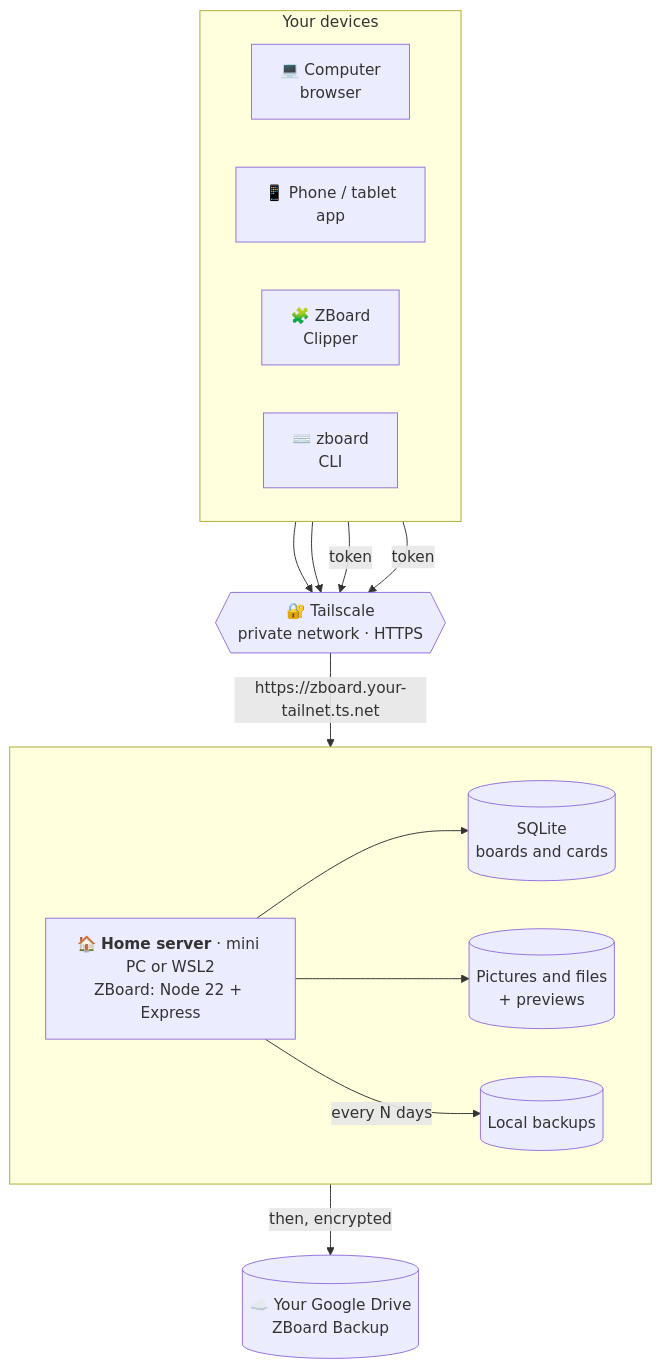
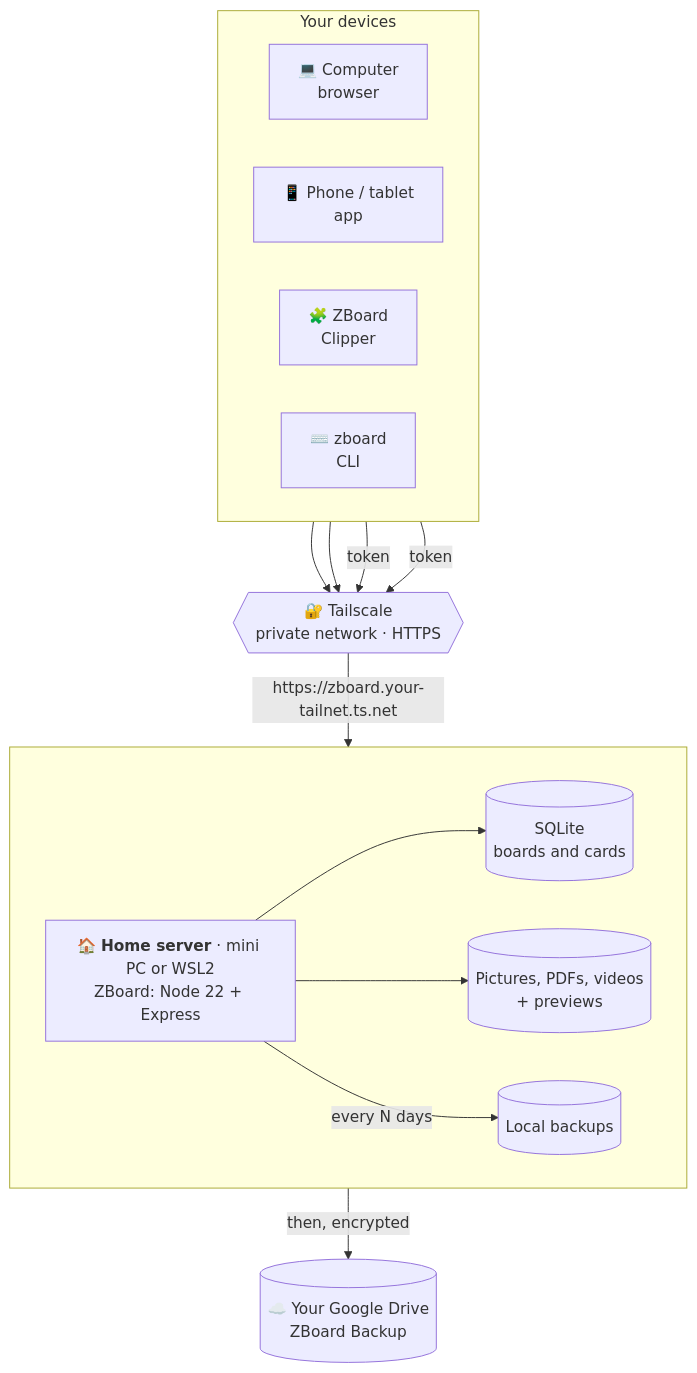
The diagram in README.md (anhlee99/zboard-custom), drawn with Mermaid before and after one commit. The commit also changed other lines of this file and 5 other files, not shown here.

First line of the commit message:
README: PDFs and videos, with screenshots made from sample files (#23)

````diff
--- a/README.md
+++ b/README.md
@@ -132,28 +160,28 @@
 ```mermaid
 flowchart TB
   subgraph Devices["Your devices"]
     direction LR
     PC["💻 Computer<br/>browser"]
     Phone["📱 Phone / tablet<br/>app"]
     Ext["🧩 ZBoard<br/>Clipper"]
     CLI["⌨️ zboard<br/>CLI"]
   end
   TS{{"🔐 Tailscale<br/>private network · HTTPS"}}
   subgraph Home[" "]
     direction LR
     Server["🏠 <b>Home server</b> · mini PC or WSL2<br/>ZBoard: Node 22 + Express"]
     DB[("SQLite<br/>boards and cards")]
-    Files[("Pictures and files<br/>+ previews")]
+    Files[("Pictures, PDFs, videos<br/>+ previews")]
     Local[("Local backups")]
   end
   Drive[("☁️ Your Google Drive<br/>ZBoard Backup")]
   PC --> TS
   Phone --> TS
   Ext -- "token" --> TS
   CLI -- "token" --> TS
   TS -- "https://zboard.your-tailnet.ts.net" --> Server
   Server --> DB
   Server --> Files
   Server -- "every N days" --> Local
   Local -- "then, encrypted" --> Drive
 ```
````
